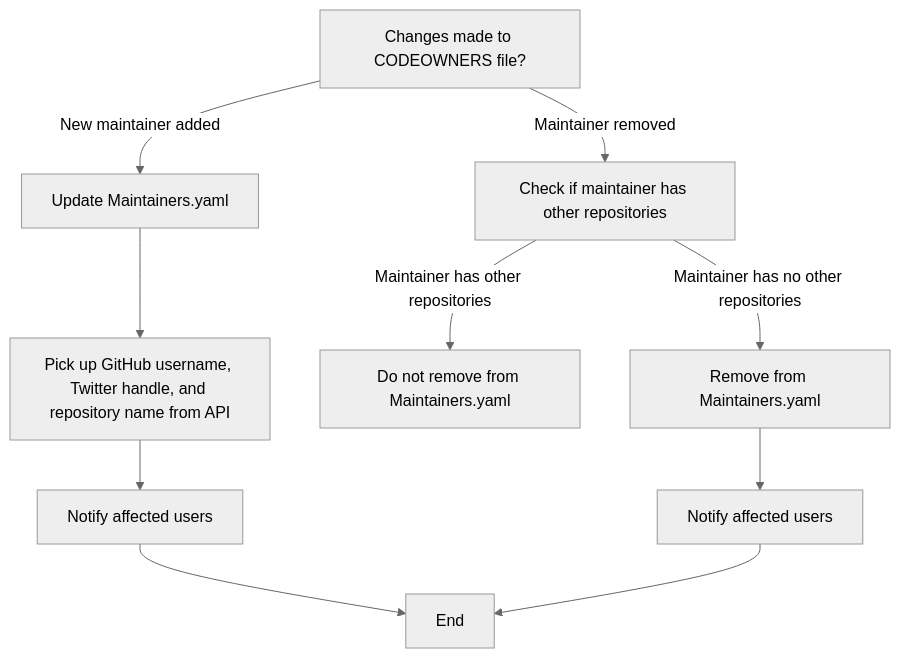
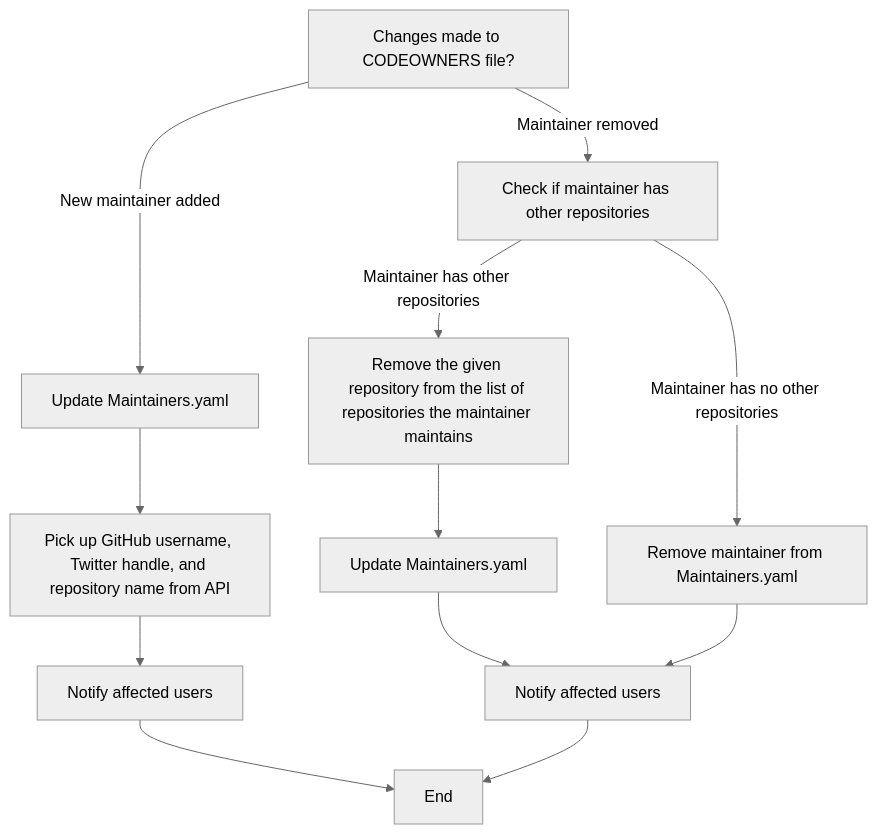
The fifth of 12 diagrams in mentorship/summerofcode/2023/workflowautomation/README.md (asyncapi/community), drawn with Mermaid (neutral theme) before and after one commit.

Commit message:
changed the update-maintainers flowchart

````diff
--- a/mentorship/summerofcode/2023/workflowautomation/README.md
+++ b/mentorship/summerofcode/2023/workflowautomation/README.md
@@ -80,13 +80,16 @@
 ```mermaid
 graph TD;
 A[Changes made to CODEOWNERS file?] --> |New maintainer added| B[Update Maintainers.yaml];
 A --> |Maintainer removed| F[Check if maintainer has other repositories];
 B --> C[Pick up GitHub username, Twitter handle, and repository name from API];
 C --> D[Notify affected users];
 D --> E[End];
-F --> |Maintainer has other repositories| G[Do not remove from Maintainers.yaml];
-F --> |Maintainer has no other repositories| H[Remove from Maintainers.yaml];
-H --> I[Notify affected users];
-I --> E;
+F --> |Maintainer has other repositories| G[Remove the given repository from the list of repositories the maintainer maintains];
+G --> H[Update Maintainers.yaml];
+F --> |Maintainer has no other repositories| I[Remove maintainer from Maintainers.yaml];
+H --> J[Notify affected users];
+I --> J;
+J --> E;
+
 
 ```
````
